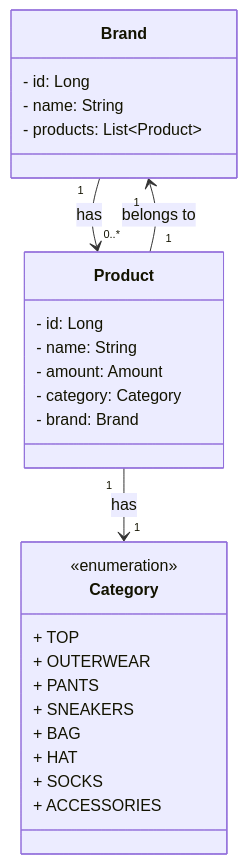
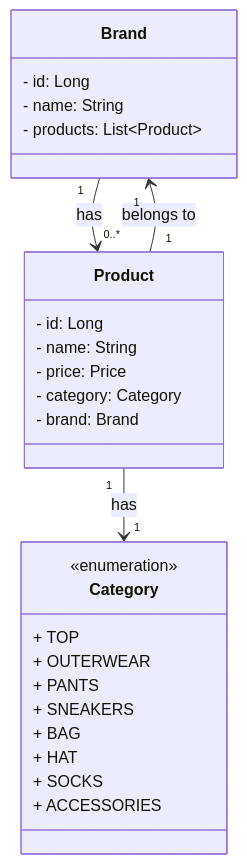
The diagram in uml.mermaid (joeswe0/coordination), drawn with Mermaid before and after one commit. The commit also changed 18 other files, not shown here.

```diff
--- a/uml.mermaid
+++ b/uml.mermaid
@@ -1,30 +1,30 @@
 classDiagram
     class Brand {
         - id: Long
         - name: String
         - products: List~Product~
     }
 
     class Product {
         - id: Long
         - name: String
-        - amount: Amount
+        - price: Price
         - category: Category
         - brand: Brand
     }
 
     class Category {
         <<enumeration>>
         + TOP
         + OUTERWEAR
         + PANTS
         + SNEAKERS
         + BAG
         + HAT
         + SOCKS
         + ACCESSORIES
     }
 
     Brand "1" --> "0..*" Product : has
     Product "1" --> "1" Brand : belongs to
     Product "1" --> "1" Category : has
```
